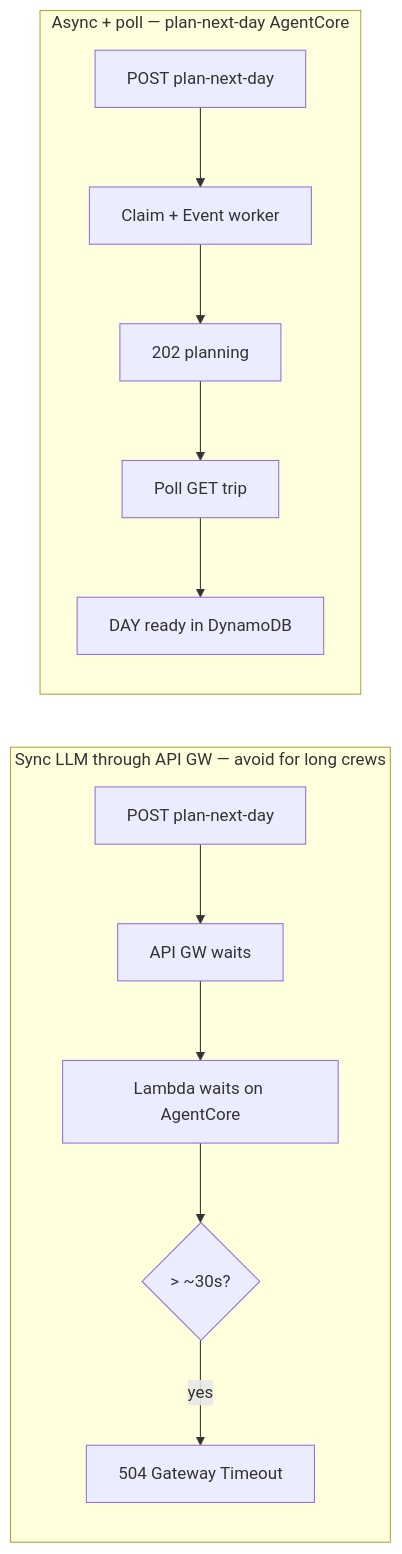
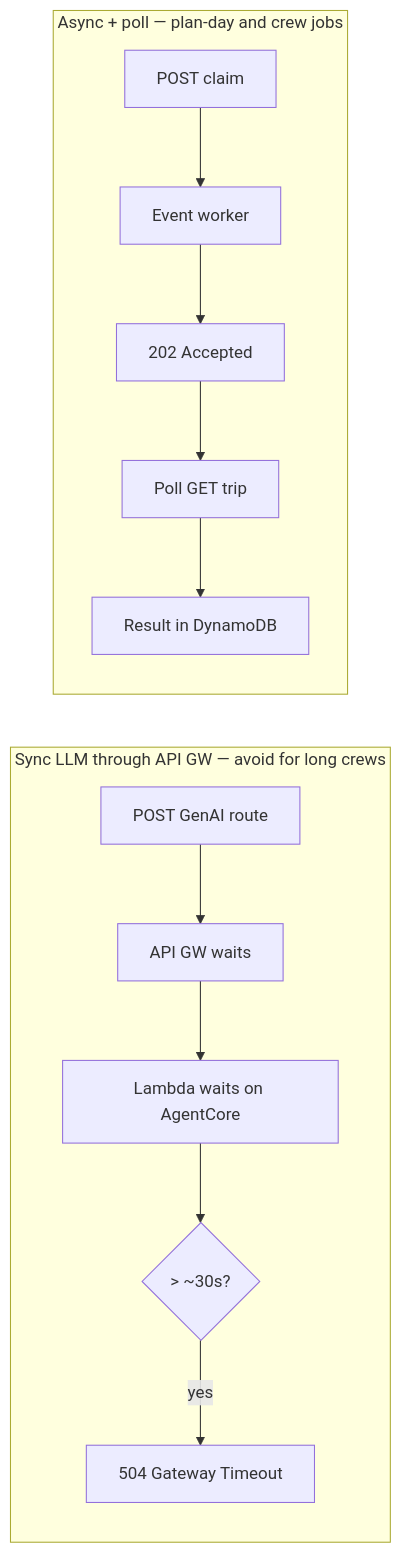
One commit to YukiUmetsu/vacation-planner-crewai changed the second of 3 diagrams in docs/architecture-decisions/README.md. Above: the diagram before and after it, drawn with Mermaid. The commit also changed other lines of this file and 33 other files, not shown here.

Commit message:
feat(safety): harden BFF INPUT/OUTPUT gates with soak-ready OUTPUT mode Batch Guardrail checks, sanitize links, scrub Amap tool results, tighten crew allowlisting, and validate SAFETY_OUTPUT_MODE in Terraform.

````diff
--- a/docs/architecture-decisions/README.md
+++ b/docs/architecture-decisions/README.md
@@ -74,16 +80,16 @@
 ```mermaid
 flowchart LR
   subgraph bad [Sync LLM through API GW — avoid for long crews]
-    b1[POST plan-next-day] --> b2[API GW waits]
+    b1[POST GenAI route] --> b2[API GW waits]
     b2 --> b3[Lambda waits on AgentCore]
     b3 --> b4{"> ~30s?"}
     b4 -->|yes| b5[504 Gateway Timeout]
   end
 
-  subgraph good [Async + poll — plan-next-day AgentCore]
-    g1[POST plan-next-day] --> g2[Claim + Event worker]
-    g2 --> g3[202 planning]
+  subgraph good [Async + poll — plan-day and crew jobs]
+    g1[POST claim] --> g2[Event worker]
+    g2 --> g3[202 Accepted]
     g3 --> g4[Poll GET trip]
-    g4 --> g5[DAY ready in DynamoDB]
+    g4 --> g5[Result in DynamoDB]
   end
 ```
````
